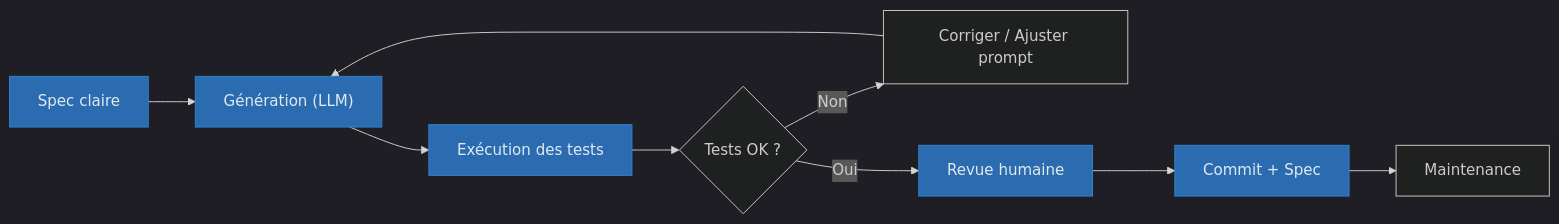
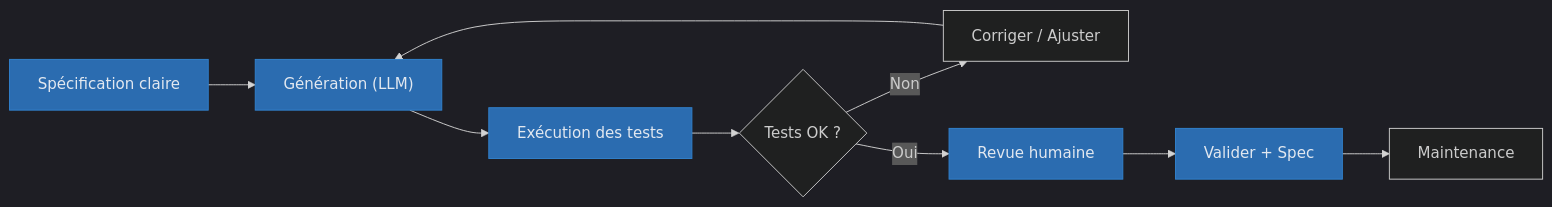
Before and after one commit to zidtalel/AtelierIA: the fifth of 5 diagrams in INTRO.md, drawn with Mermaid. The commit also changed other lines of this file and 3 other files, not shown here.

````diff
--- a/INTRO.md
+++ b/INTRO.md
@@ -262,12 +417,12 @@
 ```mermaid
 %%{init: {'theme':'dark'}}%%
 flowchart LR
-  SPEC["Spec claire"] --> GEN["Génération (LLM)"]
+  SPEC["Spécification claire"] --> GEN["Génération (LLM)"]
   GEN --> TESTS["Exécution des tests"]
   TESTS --> DECIDE{"Tests OK ?"}
-  DECIDE -->|Non| FIX["Corriger / Ajuster prompt"] --> GEN
-  DECIDE -->|Oui| HUMAN["Revue humaine"] --> COMMIT["Commit + Spec"]
+  DECIDE -->|Non| FIX["Corriger / Ajuster"] --> GEN
+  DECIDE -->|Oui| HUMAN["Revue humaine"] --> COMMIT["Valider + Spec"]
   COMMIT --> MAINT["Maintenance"]
   classDef main fill:#2b6cb0,stroke:#3182ce,color:#e2e8f0
   class SPEC,GEN,TESTS,HUMAN,COMMIT main
 ```
````
